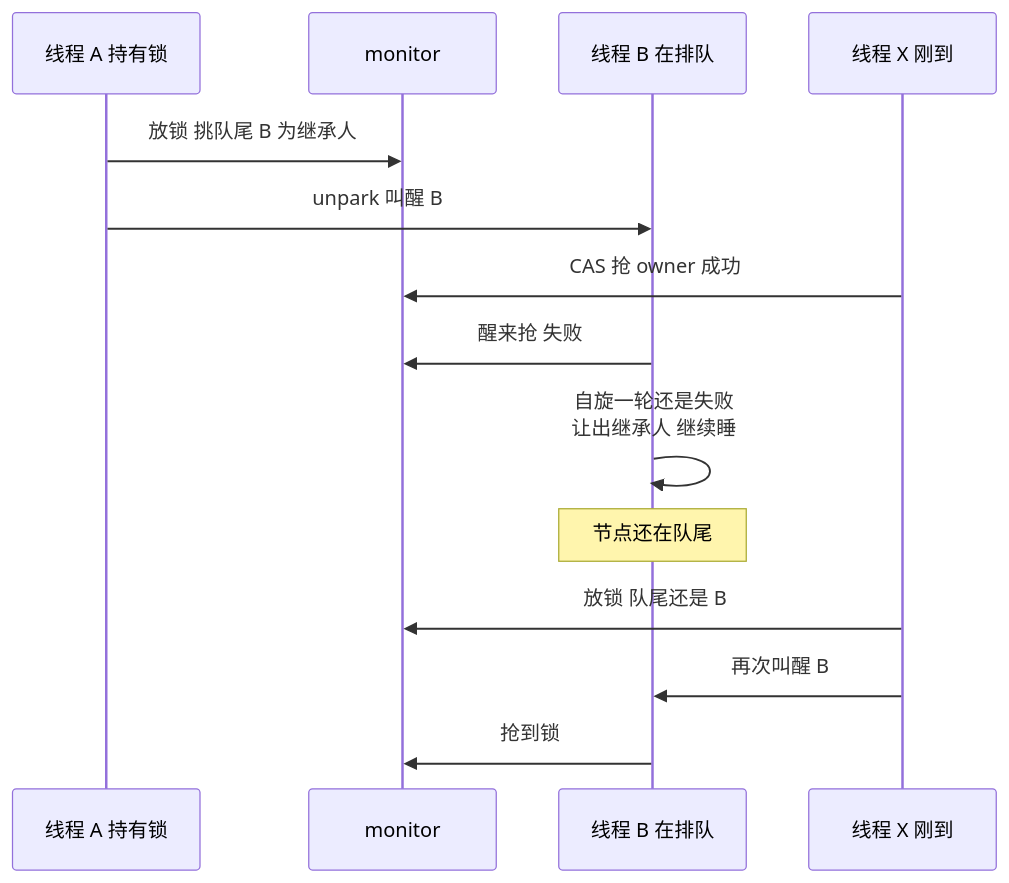
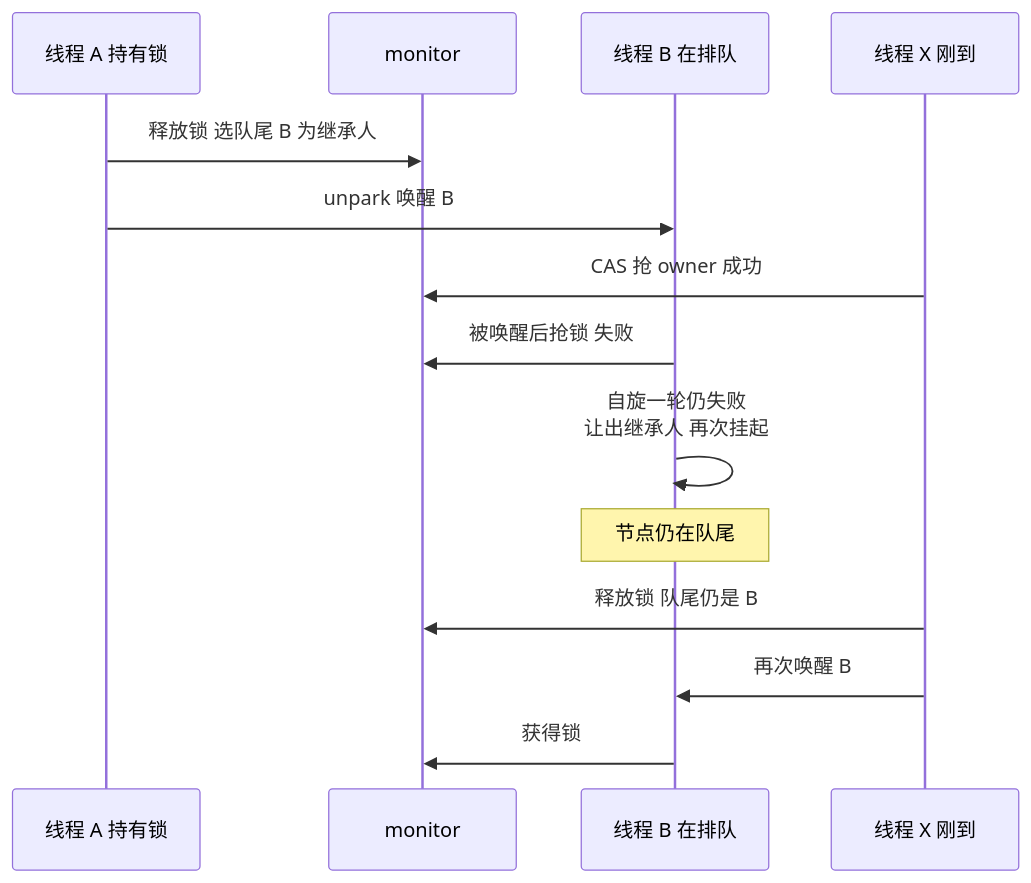
The fourth of 6 diagrams in docs/java/concurrency/synchronized-lock-upgrade.md (mamawai/mamawai.github.io), drawn with Mermaid before and after one commit. The commit also changed other lines of this file and 1 other file, not shown here.

````diff
--- a/docs/java/concurrency/synchronized-lock-upgrade.md
+++ b/docs/java/concurrency/synchronized-lock-upgrade.md
@@ -421,16 +441,16 @@
 ```mermaid
 sequenceDiagram
   participant A as 线程 A 持有锁
   participant M as monitor
   participant B as 线程 B 在排队
   participant X as 线程 X 刚到
-  A->>M: 放锁 挑队尾 B 为继承人
-  A->>B: unpark 叫醒 B
+  A->>M: 释放锁 选队尾 B 为继承人
+  A->>B: unpark 唤醒 B
   X->>M: CAS 抢 owner 成功
-  B->>M: 醒来抢 失败
-  B->>B: 自旋一轮还是失败<br>让出继承人 继续睡
-  Note over B: 节点还在队尾
-  X->>M: 放锁 队尾还是 B
-  X->>B: 再次叫醒 B
-  B->>M: 抢到锁
+  B->>M: 被唤醒后抢锁 失败
+  B->>B: 自旋一轮仍失败<br>让出继承人 再次挂起
+  Note over B: 节点仍在队尾
+  X->>M: 释放锁 队尾仍是 B
+  X->>B: 再次唤醒 B
+  B->>M: 获得锁
 ```
````
